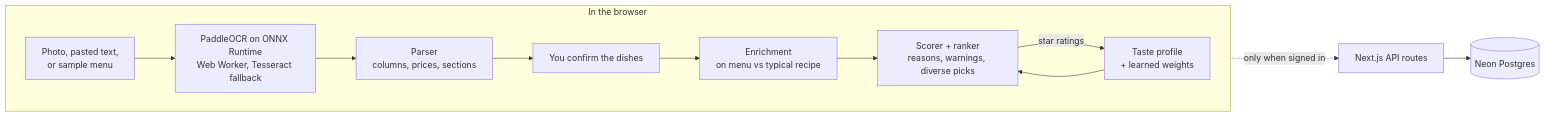
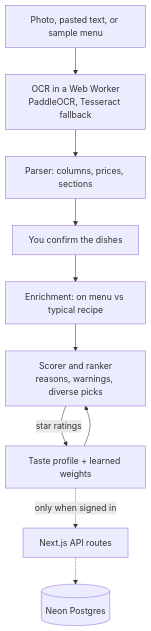
One commit to bhnsadhu/dishwise changed the diagram in README.md. Above: the diagram before and after it, drawn with Mermaid. The commit also changed other lines of this file and 1 other file, not shown here.

Commit message:
docs: README demo GIF, readable diagram, tighter copy

````diff
--- a/README.md
+++ b/README.md
@@ -46,14 +46,12 @@
 ```mermaid
-flowchart LR
-  subgraph browser["In the browser"]
-    direction LR
-    input["Photo, pasted text,<br/>or sample menu"] --> ocr["PaddleOCR on ONNX Runtime<br/>Web Worker, Tesseract fallback"]
-    ocr --> parse["Parser<br/>columns, prices, sections"]
-    parse --> check["You confirm the dishes"]
-    check --> enrich["Enrichment<br/>on menu vs typical recipe"]
-    enrich --> rank["Scorer + ranker<br/>reasons, warnings, diverse picks"]
-    profile["Taste profile<br/>+ learned weights"] --> rank
-    rank -->|"star ratings"| profile
-  end
-  profile -.->|"only when signed in"| api["Next.js API routes"] --> db[("Neon Postgres")]
+flowchart TD
+  input["Photo, pasted text, or sample menu"] --> ocr["OCR in a Web Worker<br/>PaddleOCR, Tesseract fallback"]
+  ocr --> parse["Parser: columns, prices, sections"]
+  parse --> check["You confirm the dishes"]
+  check --> enrich["Enrichment: on menu vs typical recipe"]
+  enrich --> rank["Scorer and ranker<br/>reasons, warnings, diverse picks"]
+  profile["Taste profile + learned weights"] --> rank
+  rank -->|"star ratings"| profile
+  profile -.->|"only when signed in"| api["Next.js API routes"]
+  api -.-> db[("Neon Postgres")]
 ```
````
